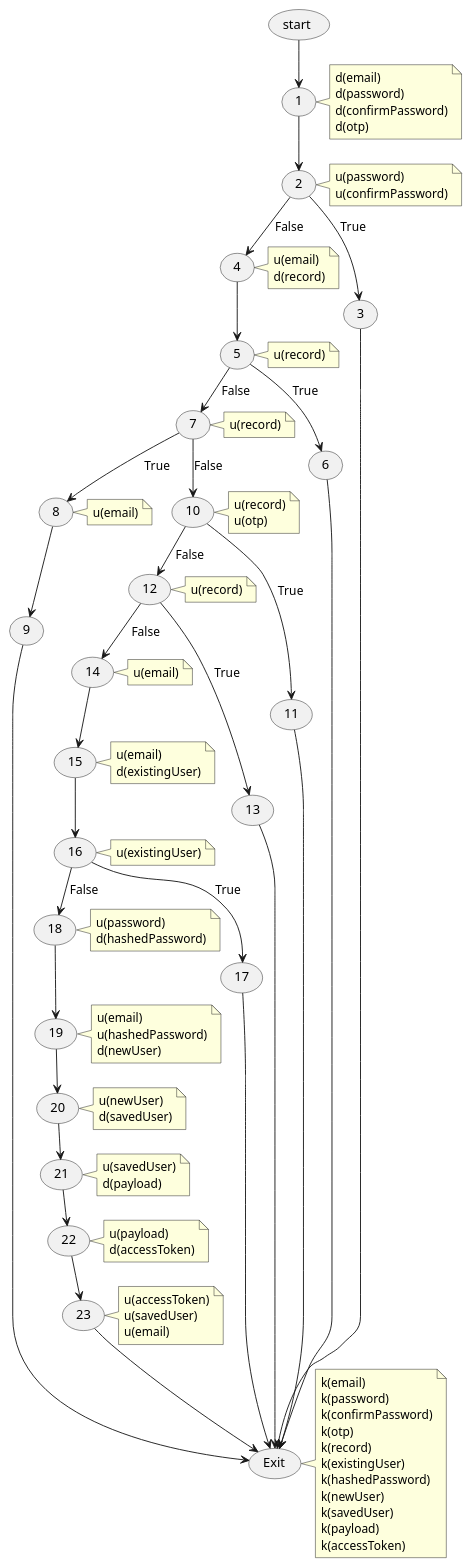
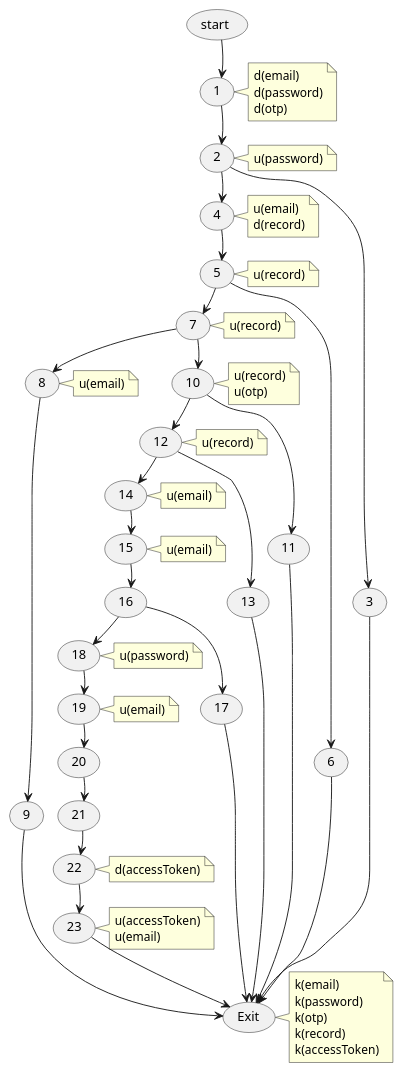
The diagram in docs/white_box_testing/register_user/05_data_flow_graph.puml (chuonghoai/MarketPlace), drawn with PlantUML before and after one commit. The commit also changed 7 other files, not shown here.

```diff
--- a/docs/white_box_testing/register_user/05_data_flow_graph.puml
+++ b/docs/white_box_testing/register_user/05_data_flow_graph.puml
@@ -1,81 +1,104 @@
-@startuml 05_data_flow_graph
-
+@startuml
 skinparam nodesep 15
 skinparam ranksep 25
 
 usecase "start" as start_node
 usecase "1" as n1
-note right of n1 : d(email)\nd(password)\nd(confirmPassword)\nd(otp)
+note right of n1 : d(email)\nd(password)\nd(otp)
 usecase "2" as n2
-note right of n2 : u(password)\nu(confirmPassword)
+note right of n2 : u(password)
 usecase "3" as n3
 usecase "4" as n4
 note right of n4 : u(email)\nd(record)
 usecase "5" as n5
 note right of n5 : u(record)
 usecase "6" as n6
 usecase "7" as n7
 note right of n7 : u(record)
 usecase "8" as n8
 note right of n8 : u(email)
 usecase "9" as n9
 usecase "10" as n10
 note right of n10 : u(record)\nu(otp)
 usecase "11" as n11
 usecase "12" as n12
 note right of n12 : u(record)
 usecase "13" as n13
 usecase "14" as n14
 note right of n14 : u(email)
 usecase "15" as n15
-note right of n15 : u(email)\nd(existingUser)
+note right of n15 : u(email)
 usecase "16" as n16
-note right of n16 : u(existingUser)
 usecase "17" as n17
 usecase "18" as n18
-note right of n18 : u(password)\nd(hashedPassword)
+note right of n18 : u(password)
 usecase "19" as n19
-note right of n19 : u(email)\nu(hashedPassword)\nd(newUser)
+note right of n19 : u(email)
 usecase "20" as n20
-note right of n20 : u(newUser)\nd(savedUser)
 usecase "21" as n21
-note right of n21 : u(savedUser)\nd(payload)
 usecase "22" as n22
-note right of n22 : u(payload)\nd(accessToken)
+note right of n22 : d(accessToken)
 usecase "23" as n23
-note right of n23 : u(accessToken)\nu(savedUser)\nu(email)
+note right of n23 : u(accessToken)\nu(email)
 usecase "Exit" as end_node
-note right of end_node : k(email)\nk(password)\nk(confirmPassword)\nk(otp)\nk(record)\nk(existingUser)\nk(hashedPassword)\nk(newUser)\nk(savedUser)\nk(payload)\nk(accessToken)
+note right of end_node : k(email)\nk(password)\nk(otp)\nk(record)\nk(accessToken)
+
+start_node -[hidden]down-> n1
+n1 -[hidden]down-> n2
+n2 -[hidden]down-> n4
+n4 -[hidden]down-> n5
+n5 -[hidden]down-> n7
+n7 -[hidden]down-> n10
+n10 -[hidden]down-> n12
+n12 -[hidden]down-> n14
+n14 -[hidden]down-> n15
+n15 -[hidden]down-> n16
+n16 -[hidden]down-> n18
+n18 -[hidden]down-> n19
+n19 -[hidden]down-> n20
+n20 -[hidden]down-> n21
+n21 -[hidden]down-> n22
+n22 -[hidden]down-> n23
+n23 -[hidden]down-> end_node
 
 start_node --> n1
 n1 --> n2
-n2 --> n3 : True
-n2 --> n4 : False
+
+n2 --> n4
+n2 --> n3
 n3 --> end_node
+
 n4 --> n5
-n5 --> n6 : True
-n5 --> n7 : False
+
+n5 --> n7
+n5 --> n6
 n6 --> end_node
-n7 --> n8 : True
-n7 --> n10 : False
+
+n7 --> n8
+n7 --> n10
 n8 --> n9
 n9 --> end_node
-n10 --> n11 : True
-n10 --> n12 : False
+
+n10 --> n12
+n10 --> n11
 n11 --> end_node
-n12 --> n13 : True
-n12 --> n14 : False
+
+n12 --> n14
+n12 --> n13
 n13 --> end_node
+
 n14 --> n15
 n15 --> n16
-n16 --> n17 : True
-n16 --> n18 : False
+
+n16 --> n18
+n16 --> n17
 n17 --> end_node
+
 n18 --> n19
 n19 --> n20
 n20 --> n21
 n21 --> n22
 n22 --> n23
 n23 --> end_node
 
 @enduml
```
